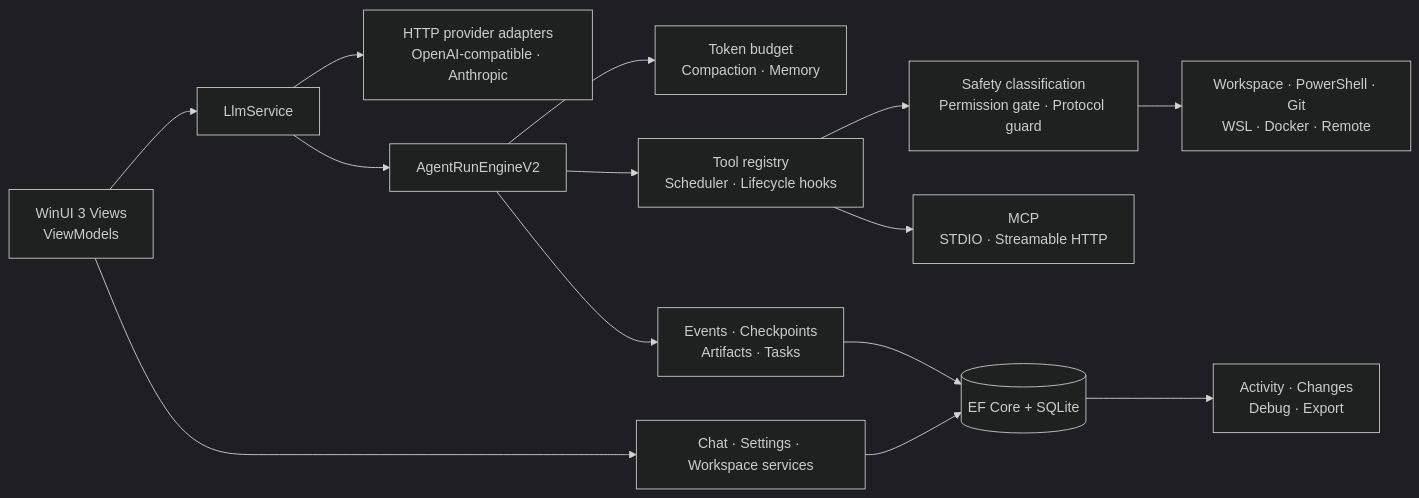
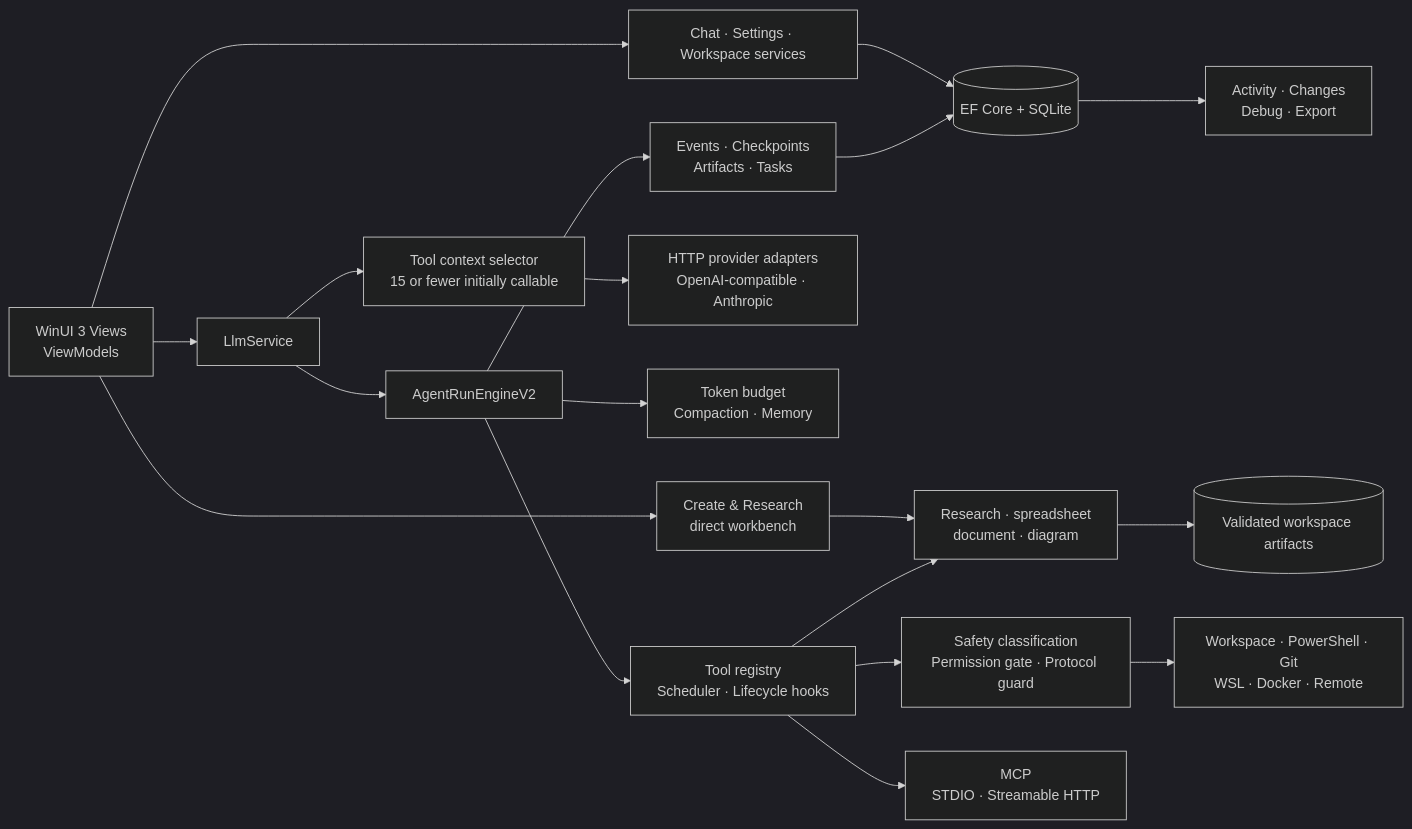
The diagram in README.md (24373054/TLAH-Studio), drawn with Mermaid (dark theme) before and after one commit. The commit also changed other lines of this file and 67 other files, not shown here.

Commit message:
release: ship 4.14.0 tool intelligence workbench

````diff
--- a/README.md
+++ b/README.md
@@ -96,16 +112,21 @@
 ```mermaid
 flowchart LR
     UI[WinUI 3 Views<br/>ViewModels] --> ORCH[LlmService]
+    UI --> WORKBENCH[Create & Research<br/>direct workbench]
     UI --> SETTINGS[Chat · Settings · Workspace services]
     SETTINGS --> DB[(EF Core + SQLite)]
-    ORCH --> PROVIDERS[HTTP provider adapters<br/>OpenAI-compatible · Anthropic]
+    ORCH --> SELECTOR[Tool context selector<br/>15 or fewer initially callable]
+    SELECTOR --> PROVIDERS[HTTP provider adapters<br/>OpenAI-compatible · Anthropic]
     ORCH --> ENGINE[AgentRunEngineV2]
     ENGINE --> CONTEXT[Token budget<br/>Compaction · Memory]
     ENGINE --> TOOLS[Tool registry<br/>Scheduler · Lifecycle hooks]
+    WORKBENCH --> SPECIALISTS[Research · spreadsheet<br/>document · diagram]
+    TOOLS --> SPECIALISTS
+    SPECIALISTS --> FILES[(Validated workspace artifacts)]
     TOOLS --> GUARD[Safety classification<br/>Permission gate · Protocol guard]
     GUARD --> EXEC[Workspace · PowerShell · Git<br/>WSL · Docker · Remote]
     TOOLS --> MCP[MCP<br/>STDIO · Streamable HTTP]
     ENGINE --> EVENTS[Events · Checkpoints<br/>Artifacts · Tasks]
     EVENTS --> DB
     DB --> SURFACES[Activity · Changes<br/>Debug · Export]
 ```
````
